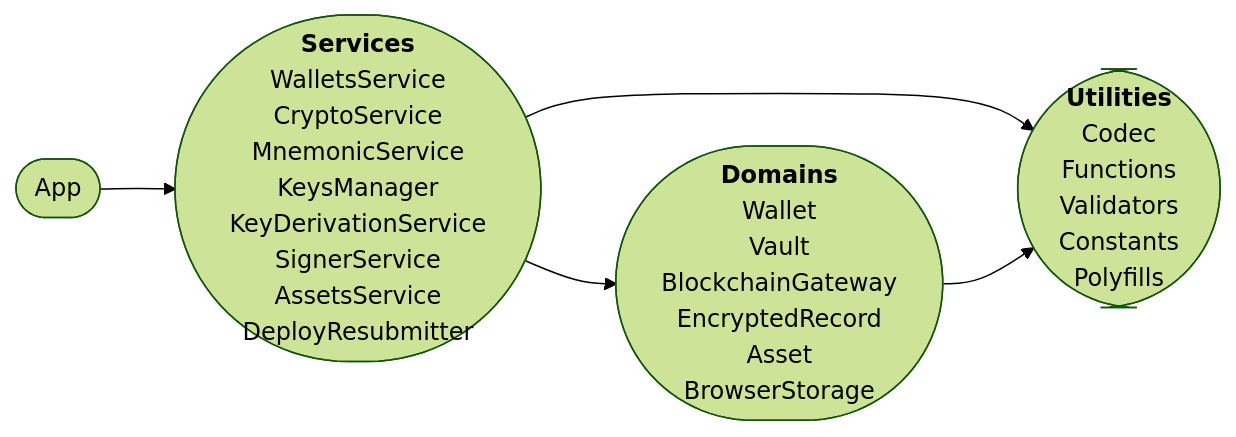
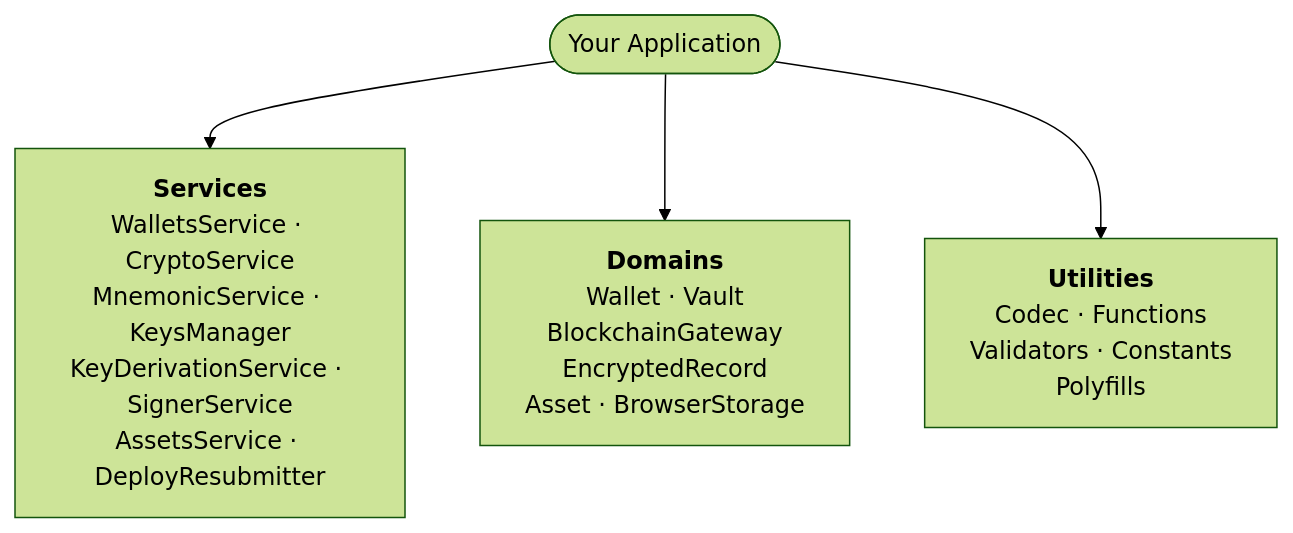
One commit to asi-alliance/asi-chain-docs-portal changed the first of 6 diagrams in wallet-sdk/overview/index.md. Above: the diagram before and after it, drawn with Mermaid (forest theme). The commit also changed other lines of this file, not shown here.

Commit message:
[AS-571] Add 6 tree-style mermaid diagram variations

````diff
--- a/wallet-sdk/overview/index.md
+++ b/wallet-sdk/overview/index.md
@@ -88,7 +88,8 @@
 ```mermaid
-graph LR
-    A(["App"]) --> S(["<b>Services</b><br/>WalletsService<br/>CryptoService<br/>MnemonicService<br/>KeysManager<br/>KeyDerivationService<br/>SignerService<br/>AssetsService<br/>DeployResubmitter"])
-    S --> D(["<b>Domains</b><br/>Wallet<br/>Vault<br/>BlockchainGateway<br/>EncryptedRecord<br/>Asset<br/>BrowserStorage"])
-    S --> U(["<b>Utilities</b><br/>Codec<br/>Functions<br/>Validators<br/>Constants<br/>Polyfills"])
-    D --> U
+flowchart TB
+    A(["Your Application"])
+
+    A --> S["<b>Services</b><br/>WalletsService · CryptoService<br/>MnemonicService · KeysManager<br/>KeyDerivationService · SignerService<br/>AssetsService · DeployResubmitter"]
+    A --> D["<b>Domains</b><br/>Wallet · Vault<br/>BlockchainGateway<br/>EncryptedRecord<br/>Asset · BrowserStorage"]
+    A --> U["<b>Utilities</b><br/>Codec · Functions<br/>Validators · Constants<br/>Polyfills"]
 ```
````
